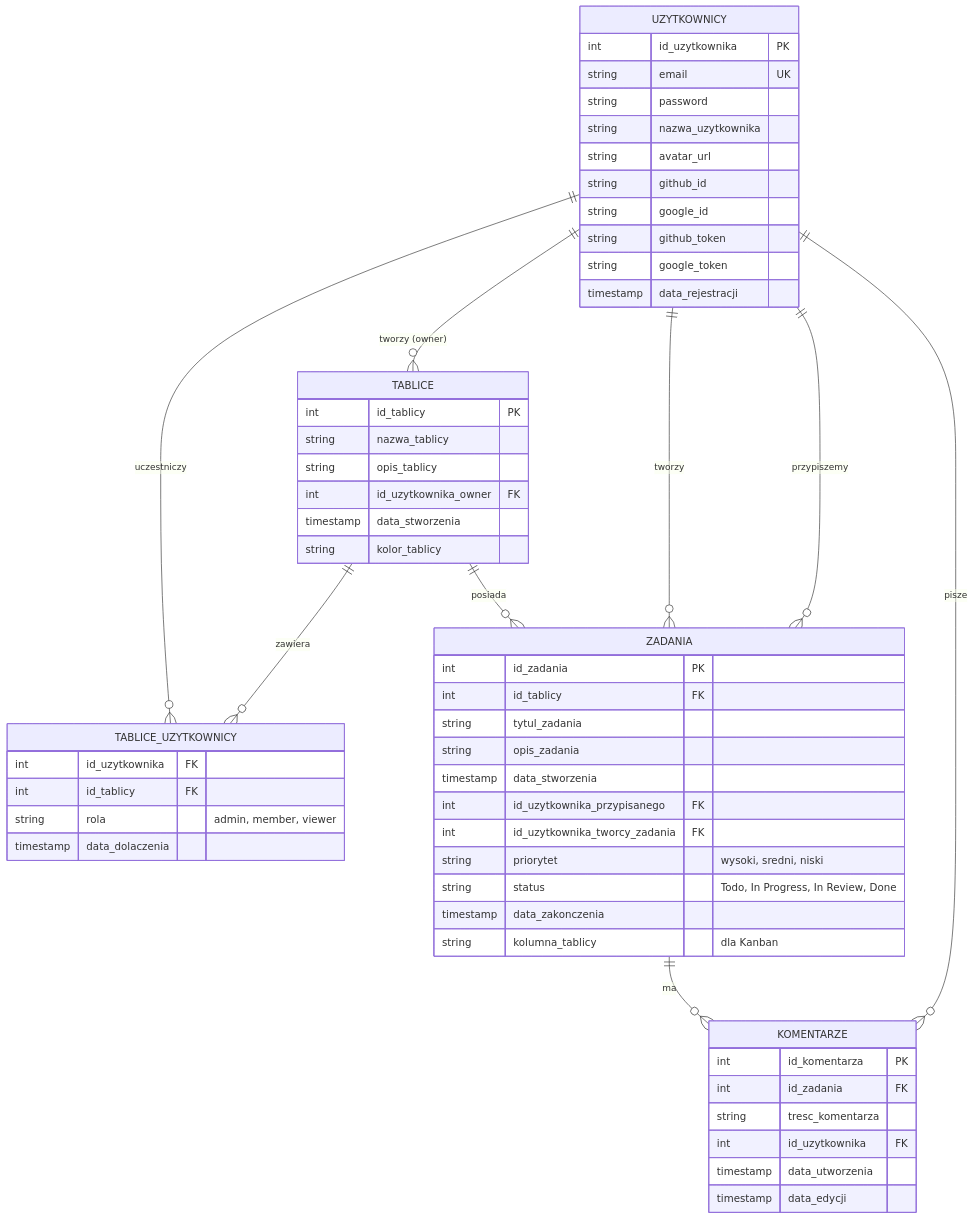
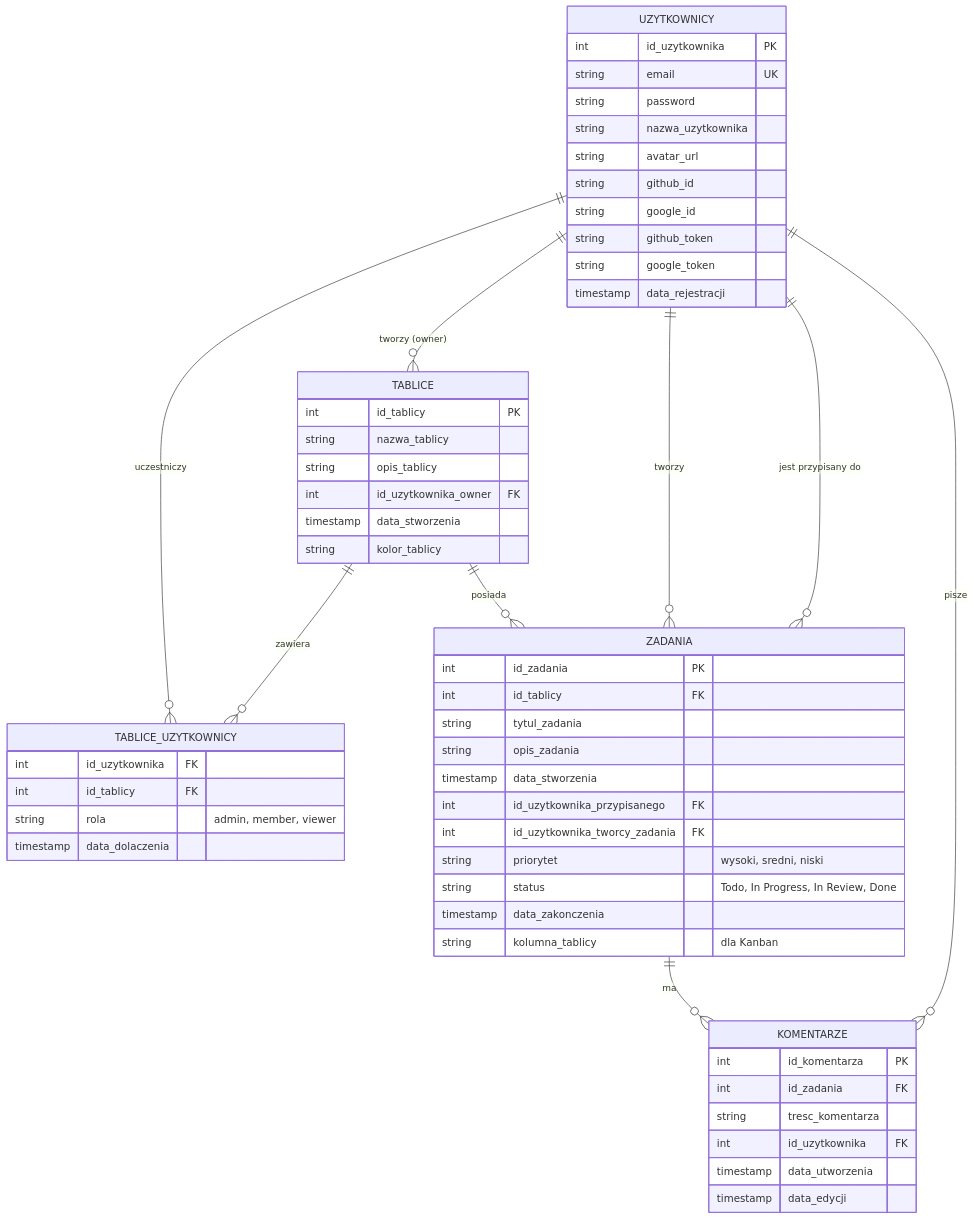
Before and after one commit to livcia/project-integration-of-it-systems: the diagram in README.md, drawn with Mermaid.

Commit message:
Potential fix for pull request finding

````diff
--- a/README.md
+++ b/README.md
@@ -11,63 +11,63 @@
 ```mermaid
 erDiagram
     UZYTKOWNICY ||--o{ TABLICE : "tworzy (owner)"
     UZYTKOWNICY ||--o{ TABLICE_UZYTKOWNICY : "uczestniczy"
     TABLICE ||--o{ TABLICE_UZYTKOWNICY : "zawiera"
     TABLICE ||--o{ ZADANIA : "posiada"
     UZYTKOWNICY ||--o{ ZADANIA : "tworzy"
-    UZYTKOWNICY ||--o{ ZADANIA : "przypiszemy"
+    UZYTKOWNICY ||--o{ ZADANIA : "jest przypisany do"
     ZADANIA ||--o{ KOMENTARZE : "ma"
     UZYTKOWNICY ||--o{ KOMENTARZE : "pisze"
 
     UZYTKOWNICY {
         int id_uzytkownika PK
         string email UK
         string password
         string nazwa_uzytkownika
         string avatar_url
         string github_id
         string google_id
         string github_token
         string google_token
         timestamp data_rejestracji
     }
 
     TABLICE {
         int id_tablicy PK
         string nazwa_tablicy
         string opis_tablicy
         int id_uzytkownika_owner FK
         timestamp data_stworzenia
         string kolor_tablicy
     }
 
     TABLICE_UZYTKOWNICY {
         int id_uzytkownika FK
         int id_tablicy FK
         string rola "admin, member, viewer"
         timestamp data_dolaczenia
     }
 
     ZADANIA {
         int id_zadania PK
         int id_tablicy FK
         string tytul_zadania
         string opis_zadania
         timestamp data_stworzenia
         int id_uzytkownika_przypisanego FK
         int id_uzytkownika_tworcy_zadania FK
         string priorytet "wysoki, sredni, niski"
         string status "Todo, In Progress, In Review, Done"
         timestamp data_zakonczenia
         string kolumna_tablicy "dla Kanban"
     }
 
     KOMENTARZE {
         int id_komentarza PK
         int id_zadania FK
         string tresc_komentarza
         int id_uzytkownika FK
         timestamp data_utworzenia
         timestamp data_edycji
     }
 ```
````
